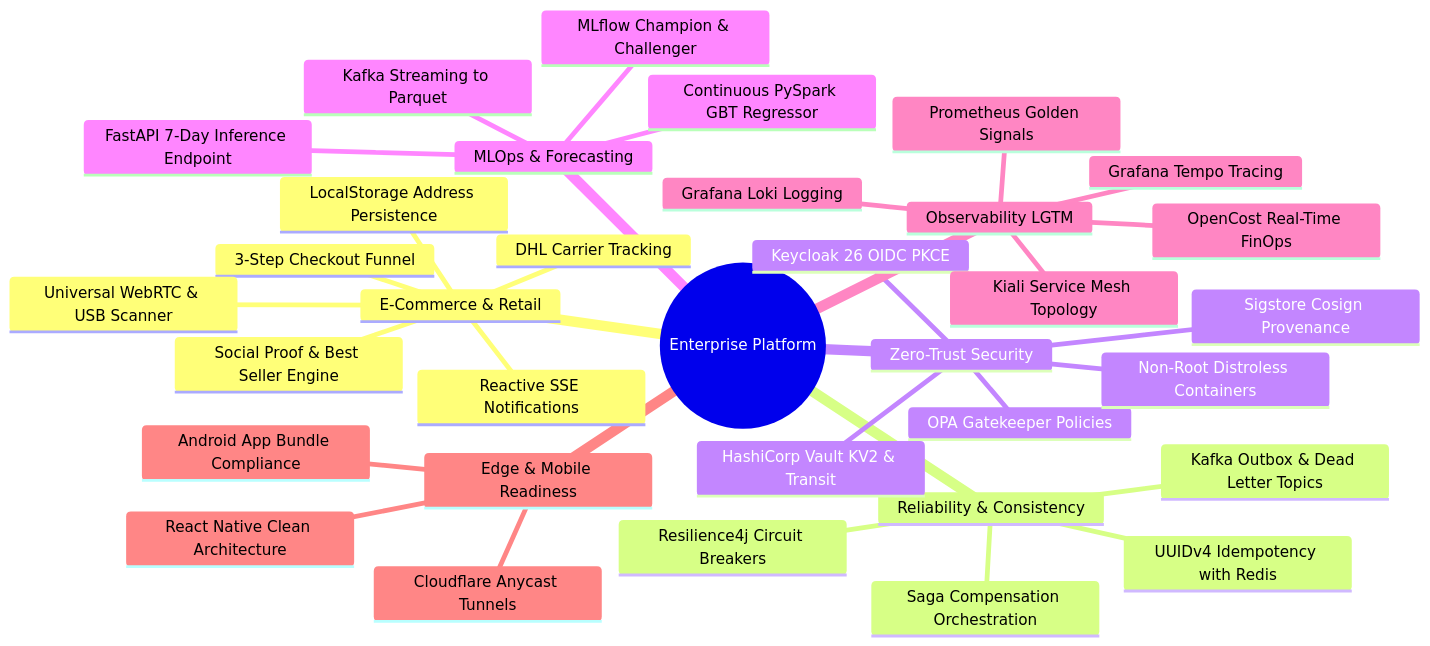
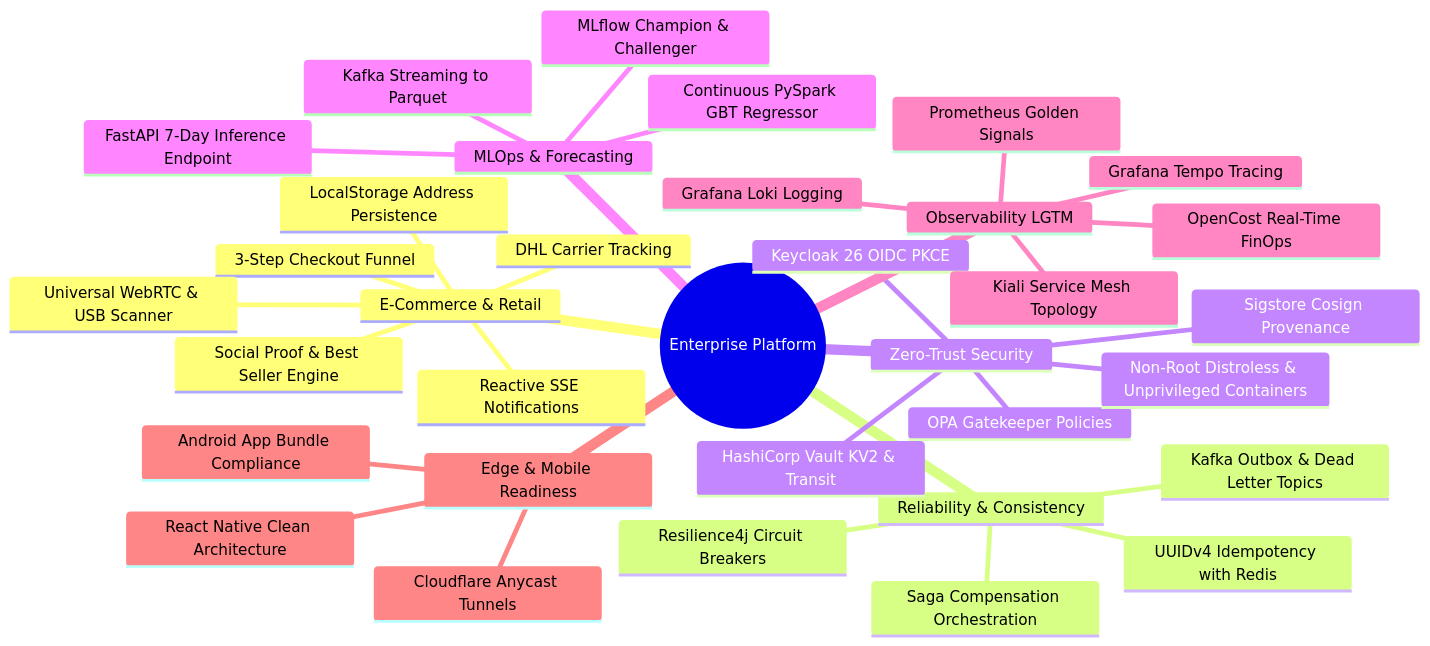
One commit to GeorgeGxx/microservices-architecture changed the first of 8 diagrams in docs/01-architecture/ARCHITECTURE.md. Above: the diagram before and after it, drawn with Mermaid. The commit also changed other lines of this file and 9 other files, not shown here.

First line of the commit message:
docs(architecture): sync documentation and drawio diagrams with vault cli and deployment strategies

````diff
--- a/docs/01-architecture/ARCHITECTURE.md
+++ b/docs/01-architecture/ARCHITECTURE.md
@@ -102,37 +102,37 @@
 ```mermaid
 mindmap
   root((Enterprise Platform))
     E-Commerce & Retail
       3-Step Checkout Funnel
       DHL Carrier Tracking
       Universal WebRTC & USB Scanner
       LocalStorage Address Persistence
       Reactive SSE Notifications
       Social Proof & Best Seller Engine
     Reliability & Consistency
       Saga Compensation Orchestration
       UUIDv4 Idempotency with Redis
       Resilience4j Circuit Breakers
       Kafka Outbox & Dead Letter Topics
     Zero-Trust Security
       Keycloak 26 OIDC PKCE
       HashiCorp Vault KV2 & Transit
       OPA Gatekeeper Policies
       Sigstore Cosign Provenance
-      Non-Root Distroless Containers
+      Non-Root Distroless & Unprivileged Containers
     MLOps & Forecasting
       Kafka Streaming to Parquet
       Continuous PySpark GBT Regressor
       MLflow Champion & Challenger
       FastAPI 7-Day Inference Endpoint
     Observability LGTM
       Grafana Tempo Tracing
       Grafana Loki Logging
       Prometheus Golden Signals
       Kiali Service Mesh Topology
       OpenCost Real-Time FinOps
     Edge & Mobile Readiness
       Cloudflare Anycast Tunnels
       React Native Clean Architecture
       Android App Bundle Compliance
 ```
````
